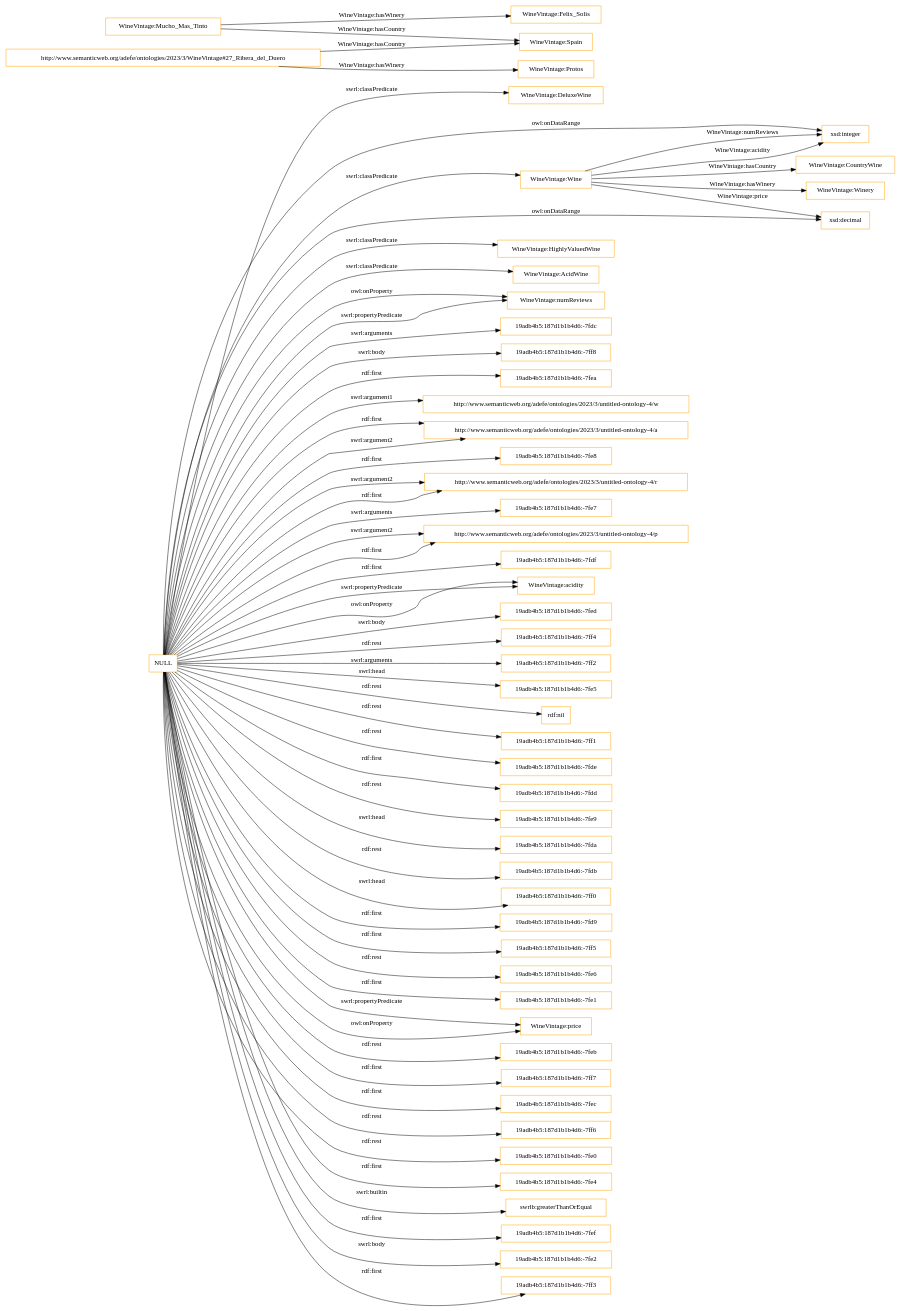
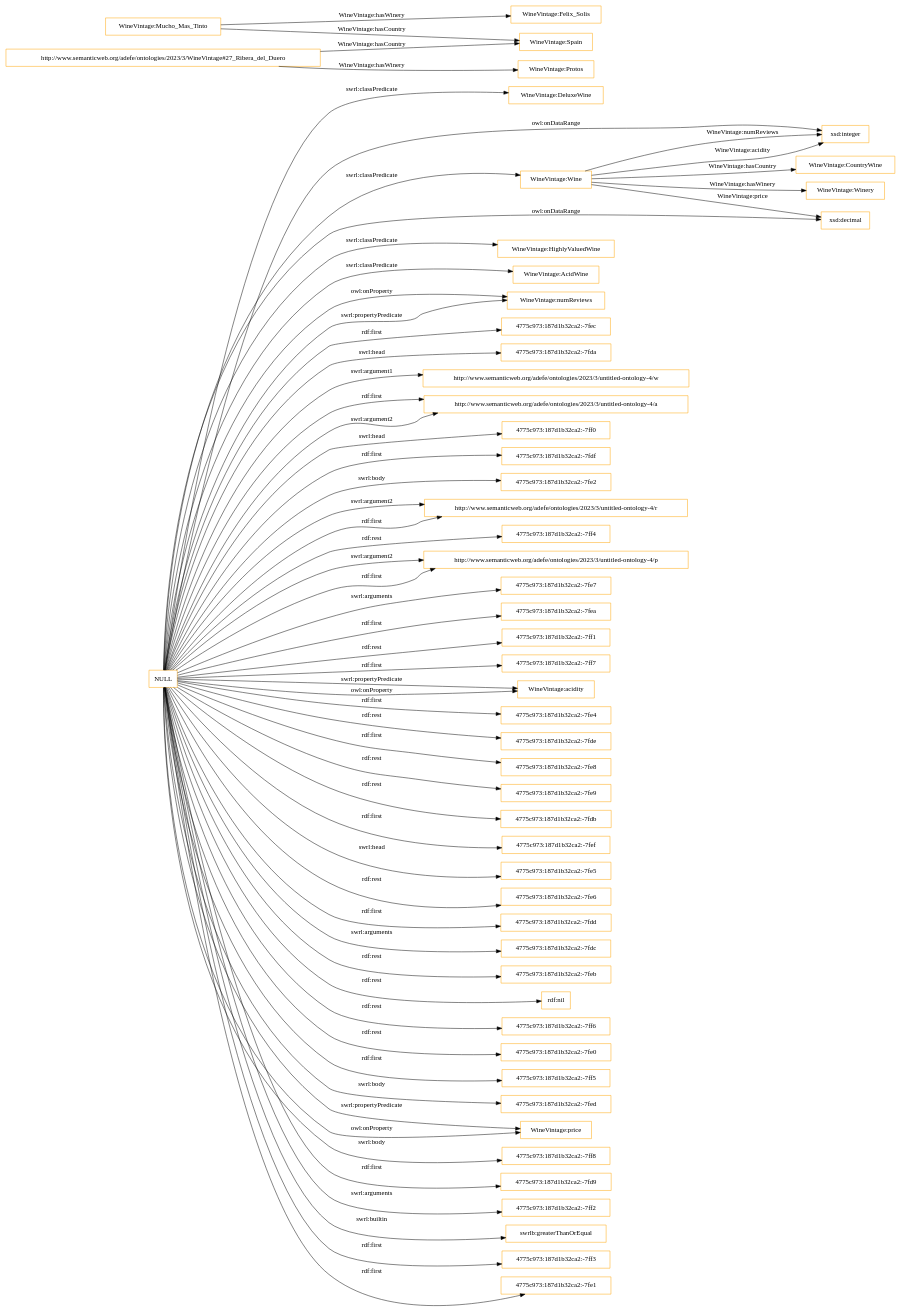
Before and after one commit to jotarodriguezdiaz/wine-vintage: the diagram in OnToology/ejercicio2.rdf/diagrams/ar2dtool-class/ejercicio2.rdf.png.dot, drawn with Graphviz. The commit also changed 3 other files, not shown here.

```diff
--- a/OnToology/ejercicio2.rdf/diagrams/ar2dtool-class/ejercicio2.rdf.png.dot
+++ b/OnToology/ejercicio2.rdf/diagrams/ar2dtool-class/ejercicio2.rdf.png.dot
@@ -1,66 +1,66 @@
 digraph ar2dtool_diagram { 
 rankdir=LR;
 size="1501"
 node [shape = rectangle, color="orange"]; "WineVintage:DeluxeWine" "WineVintage:CountryWine" "WineVintage:Wine" "WineVintage:HighlyValuedWine" "WineVintage:Winery" "WineVintage:AcidWine" ; /*classes style*/
 	"WineVintage:Mucho_Mas_Tinto" -> "WineVintage:Felix_Solis" [ label = "WineVintage:hasWinery" ];
 	"WineVintage:Mucho_Mas_Tinto" -> "WineVintage:Spain" [ label = "WineVintage:hasCountry" ];
 	"NULL" -> "WineVintage:numReviews" [ label = "owl:onProperty" ];
-	"NULL" -> "19adb4b5:187d1b1b4d6:-7fdc" [ label = "swrl:arguments" ];
-	"NULL" -> "19adb4b5:187d1b1b4d6:-7ff8" [ label = "swrl:body" ];
-	"NULL" -> "19adb4b5:187d1b1b4d6:-7fea" [ label = "rdf:first" ];
+	"NULL" -> "4775c973:187d1b32ca2:-7fec" [ label = "rdf:first" ];
+	"NULL" -> "4775c973:187d1b32ca2:-7fda" [ label = "swrl:head" ];
 	"NULL" -> "http://www.semanticweb.org/adefe/ontologies/2023/3/untitled-ontology-4/w" [ label = "swrl:argument1" ];
 	"NULL" -> "http://www.semanticweb.org/adefe/ontologies/2023/3/untitled-ontology-4/a" [ label = "rdf:first" ];
+	"NULL" -> "4775c973:187d1b32ca2:-7ff0" [ label = "swrl:head" ];
+	"NULL" -> "4775c973:187d1b32ca2:-7fdf" [ label = "rdf:first" ];
 	"NULL" -> "WineVintage:numReviews" [ label = "swrl:propertyPredicate" ];
-	"NULL" -> "19adb4b5:187d1b1b4d6:-7fe8" [ label = "rdf:first" ];
+	"NULL" -> "4775c973:187d1b32ca2:-7fe2" [ label = "swrl:body" ];
 	"NULL" -> "http://www.semanticweb.org/adefe/ontologies/2023/3/untitled-ontology-4/a" [ label = "swrl:argument2" ];
 	"NULL" -> "http://www.semanticweb.org/adefe/ontologies/2023/3/untitled-ontology-4/r" [ label = "swrl:argument2" ];
-	"NULL" -> "19adb4b5:187d1b1b4d6:-7fe7" [ label = "swrl:arguments" ];
+	"NULL" -> "4775c973:187d1b32ca2:-7ff4" [ label = "rdf:rest" ];
 	"NULL" -> "http://www.semanticweb.org/adefe/ontologies/2023/3/untitled-ontology-4/p" [ label = "swrl:argument2" ];
 	"NULL" -> "http://www.semanticweb.org/adefe/ontologies/2023/3/untitled-ontology-4/r" [ label = "rdf:first" ];
+	"NULL" -> "4775c973:187d1b32ca2:-7fe7" [ label = "swrl:arguments" ];
 	"NULL" -> "xsd:integer" [ label = "owl:onDataRange" ];
-	"NULL" -> "19adb4b5:187d1b1b4d6:-7fdf" [ label = "rdf:first" ];
+	"NULL" -> "4775c973:187d1b32ca2:-7fea" [ label = "rdf:first" ];
+	"NULL" -> "4775c973:187d1b32ca2:-7ff1" [ label = "rdf:rest" ];
+	"NULL" -> "4775c973:187d1b32ca2:-7ff7" [ label = "rdf:first" ];
 	"NULL" -> "WineVintage:acidity" [ label = "swrl:propertyPredicate" ];
-	"NULL" -> "19adb4b5:187d1b1b4d6:-7fed" [ label = "swrl:body" ];
-	"NULL" -> "19adb4b5:187d1b1b4d6:-7ff4" [ label = "rdf:rest" ];
-	"NULL" -> "19adb4b5:187d1b1b4d6:-7ff2" [ label = "swrl:arguments" ];
-	"NULL" -> "19adb4b5:187d1b1b4d6:-7fe5" [ label = "swrl:head" ];
+	"NULL" -> "4775c973:187d1b32ca2:-7fe4" [ label = "rdf:first" ];
+	"NULL" -> "4775c973:187d1b32ca2:-7fde" [ label = "rdf:rest" ];
+	"NULL" -> "4775c973:187d1b32ca2:-7fe8" [ label = "rdf:first" ];
+	"NULL" -> "4775c973:187d1b32ca2:-7fe9" [ label = "rdf:rest" ];
+	"NULL" -> "4775c973:187d1b32ca2:-7fdb" [ label = "rdf:rest" ];
+	"NULL" -> "4775c973:187d1b32ca2:-7fef" [ label = "rdf:first" ];
+	"NULL" -> "4775c973:187d1b32ca2:-7fe5" [ label = "swrl:head" ];
+	"NULL" -> "4775c973:187d1b32ca2:-7fe6" [ label = "rdf:rest" ];
+	"NULL" -> "4775c973:187d1b32ca2:-7fdd" [ label = "rdf:first" ];
+	"NULL" -> "4775c973:187d1b32ca2:-7fdc" [ label = "swrl:arguments" ];
+	"NULL" -> "4775c973:187d1b32ca2:-7feb" [ label = "rdf:rest" ];
 	"NULL" -> "rdf:nil" [ label = "rdf:rest" ];
-	"NULL" -> "19adb4b5:187d1b1b4d6:-7ff1" [ label = "rdf:rest" ];
+	"NULL" -> "4775c973:187d1b32ca2:-7ff6" [ label = "rdf:rest" ];
+	"NULL" -> "4775c973:187d1b32ca2:-7fe0" [ label = "rdf:rest" ];
 	"NULL" -> "http://www.semanticweb.org/adefe/ontologies/2023/3/untitled-ontology-4/p" [ label = "rdf:first" ];
-	"NULL" -> "19adb4b5:187d1b1b4d6:-7fde" [ label = "rdf:rest" ];
-	"NULL" -> "19adb4b5:187d1b1b4d6:-7fdd" [ label = "rdf:first" ];
-	"NULL" -> "19adb4b5:187d1b1b4d6:-7fe9" [ label = "rdf:rest" ];
-	"NULL" -> "19adb4b5:187d1b1b4d6:-7fda" [ label = "swrl:head" ];
-	"NULL" -> "19adb4b5:187d1b1b4d6:-7fdb" [ label = "rdf:rest" ];
-	"NULL" -> "19adb4b5:187d1b1b4d6:-7ff0" [ label = "swrl:head" ];
-	"NULL" -> "19adb4b5:187d1b1b4d6:-7fd9" [ label = "rdf:first" ];
+	"NULL" -> "4775c973:187d1b32ca2:-7ff5" [ label = "rdf:first" ];
+	"NULL" -> "4775c973:187d1b32ca2:-7fed" [ label = "swrl:body" ];
 	"NULL" -> "WineVintage:Wine" [ label = "swrl:classPredicate" ];
-	"NULL" -> "19adb4b5:187d1b1b4d6:-7ff5" [ label = "rdf:first" ];
-	"NULL" -> "19adb4b5:187d1b1b4d6:-7fe6" [ label = "rdf:rest" ];
-	"NULL" -> "19adb4b5:187d1b1b4d6:-7fe1" [ label = "rdf:first" ];
 	"NULL" -> "WineVintage:price" [ label = "swrl:propertyPredicate" ];
-	"NULL" -> "19adb4b5:187d1b1b4d6:-7feb" [ label = "rdf:rest" ];
-	"NULL" -> "19adb4b5:187d1b1b4d6:-7ff7" [ label = "rdf:first" ];
-	"NULL" -> "19adb4b5:187d1b1b4d6:-7fec" [ label = "rdf:first" ];
-	"NULL" -> "19adb4b5:187d1b1b4d6:-7ff6" [ label = "rdf:rest" ];
-	"NULL" -> "19adb4b5:187d1b1b4d6:-7fe0" [ label = "rdf:rest" ];
-	"NULL" -> "19adb4b5:187d1b1b4d6:-7fe4" [ label = "rdf:first" ];
+	"NULL" -> "4775c973:187d1b32ca2:-7ff8" [ label = "swrl:body" ];
+	"NULL" -> "4775c973:187d1b32ca2:-7fd9" [ label = "rdf:first" ];
+	"NULL" -> "4775c973:187d1b32ca2:-7ff2" [ label = "swrl:arguments" ];
 	"NULL" -> "swrlb:greaterThanOrEqual" [ label = "swrl:builtin" ];
-	"NULL" -> "19adb4b5:187d1b1b4d6:-7fef" [ label = "rdf:first" ];
 	"NULL" -> "WineVintage:price" [ label = "owl:onProperty" ];
 	"NULL" -> "WineVintage:AcidWine" [ label = "swrl:classPredicate" ];
+	"NULL" -> "4775c973:187d1b32ca2:-7ff3" [ label = "rdf:first" ];
 	"NULL" -> "xsd:decimal" [ label = "owl:onDataRange" ];
 	"NULL" -> "WineVintage:acidity" [ label = "owl:onProperty" ];
+	"NULL" -> "4775c973:187d1b32ca2:-7fe1" [ label = "rdf:first" ];
 	"NULL" -> "WineVintage:HighlyValuedWine" [ label = "swrl:classPredicate" ];
-	"NULL" -> "19adb4b5:187d1b1b4d6:-7fe2" [ label = "swrl:body" ];
 	"NULL" -> "WineVintage:DeluxeWine" [ label = "swrl:classPredicate" ];
-	"NULL" -> "19adb4b5:187d1b1b4d6:-7ff3" [ label = "rdf:first" ];
 	"http://www.semanticweb.org/adefe/ontologies/2023/3/WineVintage#27_Ribera_del_Duero" -> "WineVintage:Protos" [ label = "WineVintage:hasWinery" ];
 	"http://www.semanticweb.org/adefe/ontologies/2023/3/WineVintage#27_Ribera_del_Duero" -> "WineVintage:Spain" [ label = "WineVintage:hasCountry" ];
 	"WineVintage:Wine" -> "WineVintage:Winery" [ label = "WineVintage:hasWinery" ];
 	"WineVintage:Wine" -> "xsd:integer" [ label = "WineVintage:numReviews" ];
 	"WineVintage:Wine" -> "xsd:integer" [ label = "WineVintage:acidity" ];
 	"WineVintage:Wine" -> "xsd:decimal" [ label = "WineVintage:price" ];
 	"WineVintage:Wine" -> "WineVintage:CountryWine" [ label = "WineVintage:hasCountry" ];
 
 }
```
